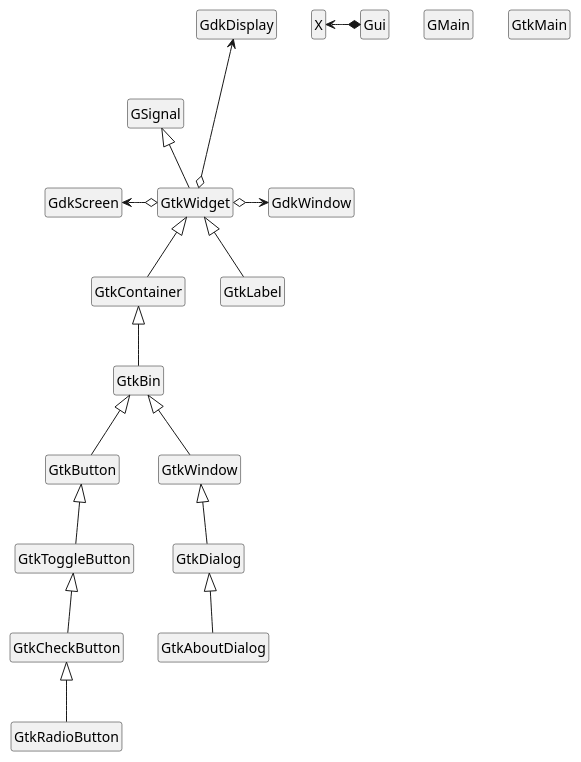
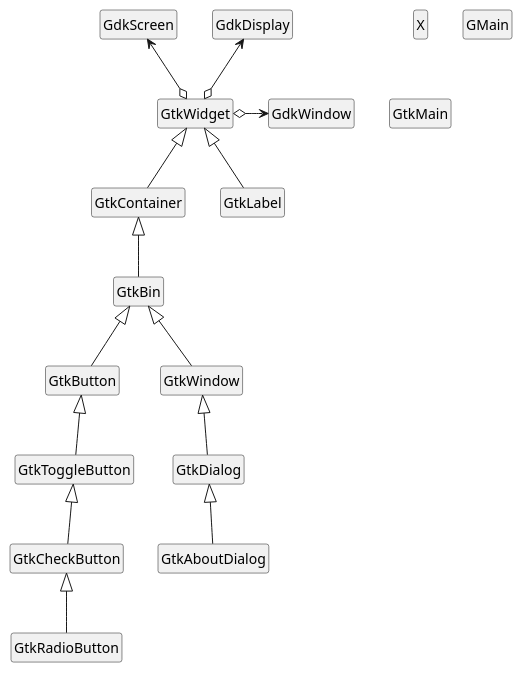
The diagram in doc/Design.md (MARTIMM/gtk-v3), drawn with PlantUML before and after one commit. The commit also changed 1 other file, not shown here.

Commit message:
doc and design

````diff
--- a/doc/Design.md
+++ b/doc/Design.md
@@ -6,55 +6,57 @@
 ```plantuml
 
 hide members
 hide circle
 
-class Gui
+'class Gui
+'class GSignal
+'GSignal <|-- GtkWidget
+'X <-* Gui
+
+
 class X
 
 class GMain
-class GSignal
 
 class GdkScreen
 class GdkDisplay
 class GdkWindow
 
 
 class GtkMain
 class GtkWidget
-GdkScreen <-o GtkWidget
-GdkDisplay <---o GtkWidget
+GdkScreen <--o GtkWidget
+GdkDisplay <--o GtkWidget
 GtkWidget o-> GdkWindow
 
-GSignal <|-- GtkWidget
-X <-* Gui
 
 class GtkBin
 class GtkContainer
 
 class GtkLabel
 
 class GtkButton
 class GtkToggleButton
 class GtkCheckButton
 class GtkRadioButton
 
 class GtkWindow
 class GtkDialog
 class GtkAboutDialog
 
 GtkBin <|-- GtkButton
 GtkButton <|-- GtkToggleButton
 GtkToggleButton <|-- GtkCheckButton
 GtkCheckButton <|-- GtkRadioButton
 
 GtkBin <|-- GtkWindow
 GtkWindow <|-- GtkDialog
 GtkDialog <|-- GtkAboutDialog
 
 GtkWidget <|-- GtkLabel
 
 GtkContainer <|-- GtkBin
 GtkWidget <|-- GtkContainer
 'GtkBin --* GtkButton
 
 ```
````
